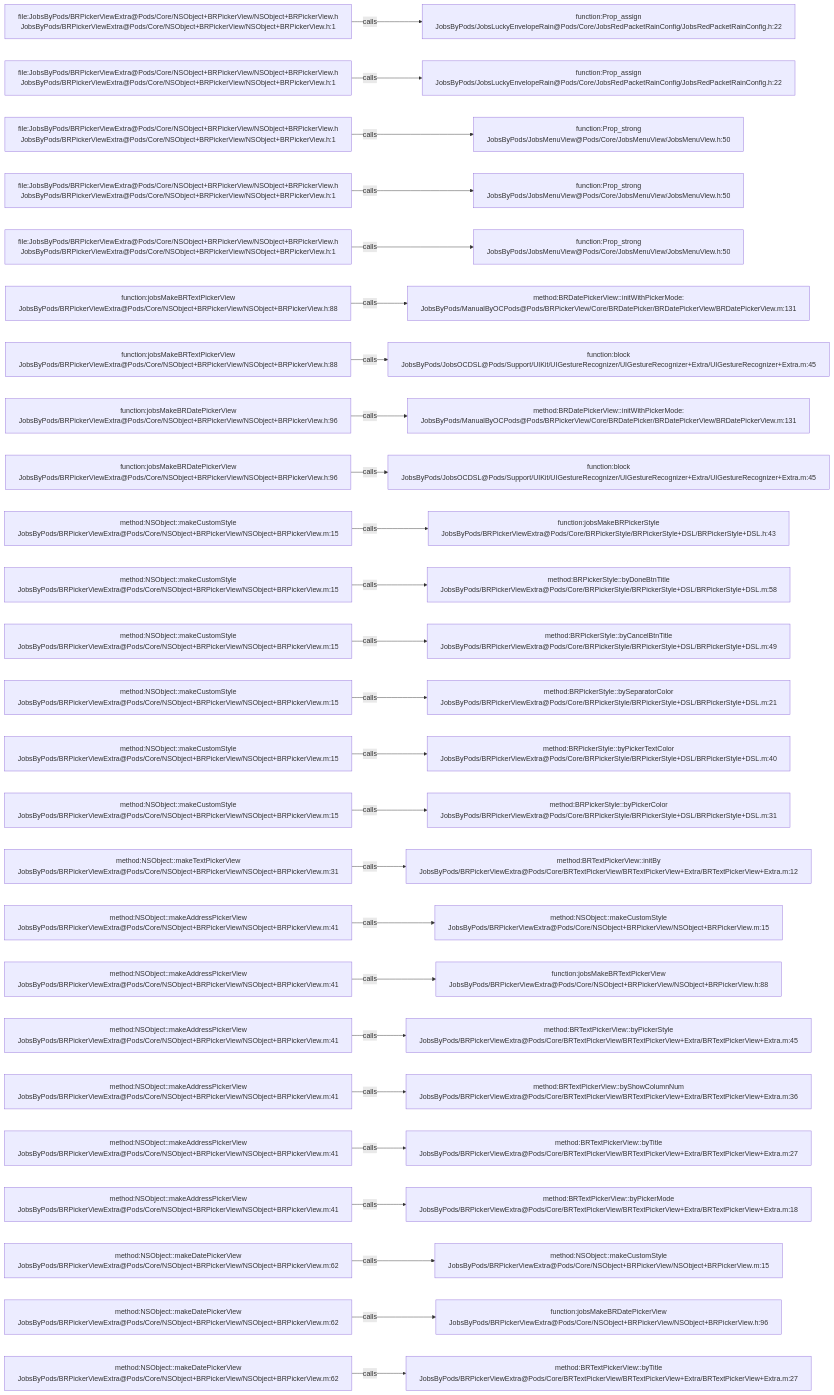
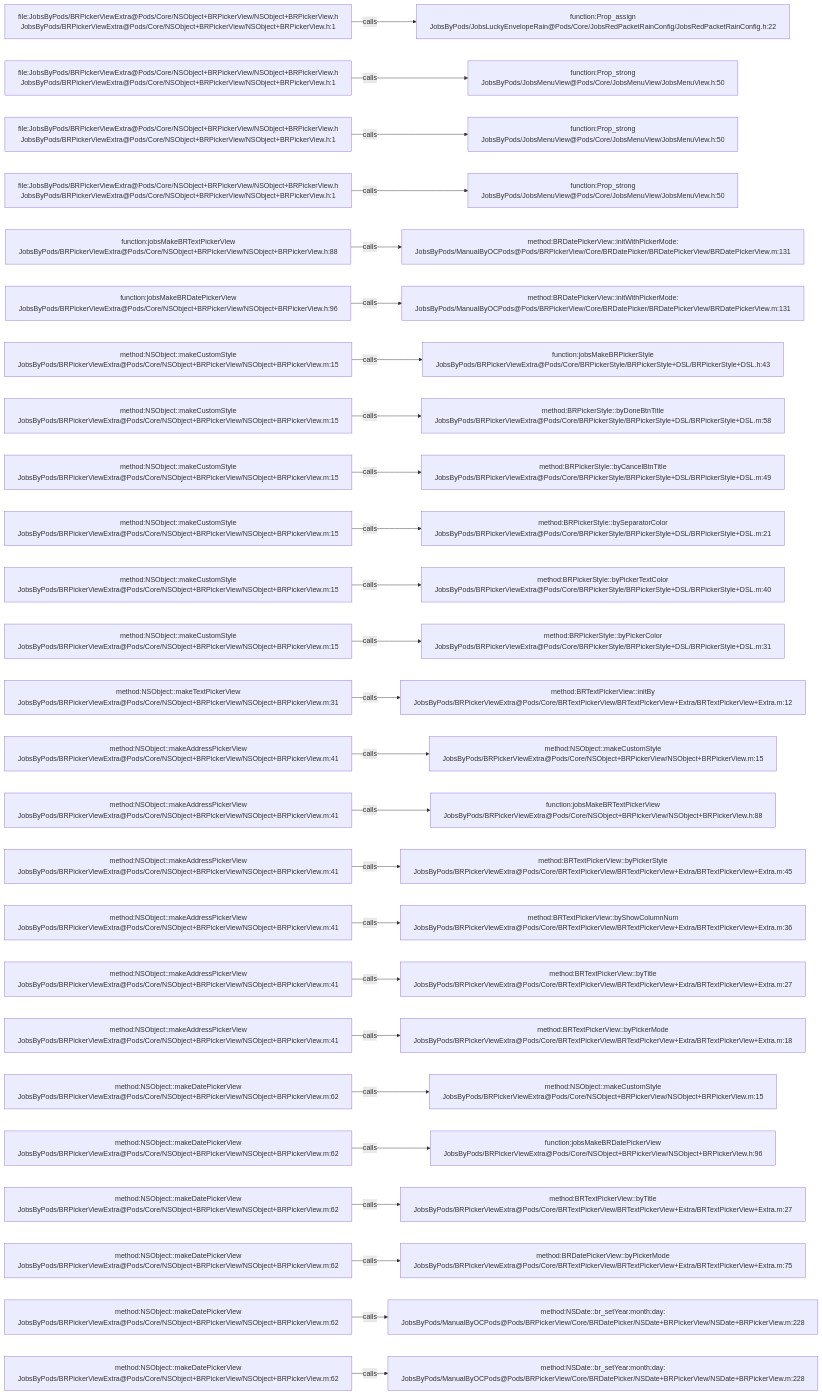
Before and after one commit to JobsKits/JobsOCBaseConfigDemo: the diagram in .codegraph/codegraph.md/graphs/calls-002.md, drawn with Mermaid. The commit also changed 223 other files, not shown here.

````diff
--- a/.codegraph/codegraph.md/graphs/calls-002.md
+++ b/.codegraph/codegraph.md/graphs/calls-002.md
@@ -13,78 +13,78 @@
 ```mermaid
 flowchart LR
   S1["file:JobsByPods/BRPickerViewExtra@Pods/Core/NSObject+BRPickerView/NSObject+BRPickerView.h<br/>JobsByPods/BRPickerViewExtra@Pods/Core/NSObject+BRPickerView/NSObject+BRPickerView.h:1"]
   T1["function:Prop_assign<br/>JobsByPods/JobsLuckyEnvelopeRain@Pods/Core/JobsRedPacketRainConfig/JobsRedPacketRainConfig.h:22"]
   S1 -->|calls| T1
   S2["file:JobsByPods/BRPickerViewExtra@Pods/Core/NSObject+BRPickerView/NSObject+BRPickerView.h<br/>JobsByPods/BRPickerViewExtra@Pods/Core/NSObject+BRPickerView/NSObject+BRPickerView.h:1"]
-  T2["function:Prop_assign<br/>JobsByPods/JobsLuckyEnvelopeRain@Pods/Core/JobsRedPacketRainConfig/JobsRedPacketRainConfig.h:22"]
+  T2["function:Prop_strong<br/>JobsByPods/JobsMenuView@Pods/Core/JobsMenuView/JobsMenuView.h:50"]
   S2 -->|calls| T2
   S3["file:JobsByPods/BRPickerViewExtra@Pods/Core/NSObject+BRPickerView/NSObject+BRPickerView.h<br/>JobsByPods/BRPickerViewExtra@Pods/Core/NSObject+BRPickerView/NSObject+BRPickerView.h:1"]
   T3["function:Prop_strong<br/>JobsByPods/JobsMenuView@Pods/Core/JobsMenuView/JobsMenuView.h:50"]
   S3 -->|calls| T3
   S4["file:JobsByPods/BRPickerViewExtra@Pods/Core/NSObject+BRPickerView/NSObject+BRPickerView.h<br/>JobsByPods/BRPickerViewExtra@Pods/Core/NSObject+BRPickerView/NSObject+BRPickerView.h:1"]
   T4["function:Prop_strong<br/>JobsByPods/JobsMenuView@Pods/Core/JobsMenuView/JobsMenuView.h:50"]
   S4 -->|calls| T4
-  S5["file:JobsByPods/BRPickerViewExtra@Pods/Core/NSObject+BRPickerView/NSObject+BRPickerView.h<br/>JobsByPods/BRPickerViewExtra@Pods/Core/NSObject+BRPickerView/NSObject+BRPickerView.h:1"]
-  T5["function:Prop_strong<br/>JobsByPods/JobsMenuView@Pods/Core/JobsMenuView/JobsMenuView.h:50"]
+  S5["function:jobsMakeBRTextPickerView<br/>JobsByPods/BRPickerViewExtra@Pods/Core/NSObject+BRPickerView/NSObject+BRPickerView.h:88"]
+  T5["method:BRDatePickerView::initWithPickerMode:<br/>JobsByPods/ManualByOCPods@Pods/BRPickerView/Core/BRDatePicker/BRDatePickerView/BRDatePickerView.m:131"]
   S5 -->|calls| T5
-  S6["function:jobsMakeBRTextPickerView<br/>JobsByPods/BRPickerViewExtra@Pods/Core/NSObject+BRPickerView/NSObject+BRPickerView.h:88"]
+  S6["function:jobsMakeBRDatePickerView<br/>JobsByPods/BRPickerViewExtra@Pods/Core/NSObject+BRPickerView/NSObject+BRPickerView.h:96"]
   T6["method:BRDatePickerView::initWithPickerMode:<br/>JobsByPods/ManualByOCPods@Pods/BRPickerView/Core/BRDatePicker/BRDatePickerView/BRDatePickerView.m:131"]
   S6 -->|calls| T6
-  S7["function:jobsMakeBRTextPickerView<br/>JobsByPods/BRPickerViewExtra@Pods/Core/NSObject+BRPickerView/NSObject+BRPickerView.h:88"]
-  T7["function:block<br/>JobsByPods/JobsOCDSL@Pods/Support/UIKit/UIGestureRecognizer/UIGestureRecognizer+Extra/UIGestureRecognizer+Extra.m:45"]
+  S7["method:NSObject::makeCustomStyle<br/>JobsByPods/BRPickerViewExtra@Pods/Core/NSObject+BRPickerView/NSObject+BRPickerView.m:15"]
+  T7["function:jobsMakeBRPickerStyle<br/>JobsByPods/BRPickerViewExtra@Pods/Core/BRPickerStyle/BRPickerStyle+DSL/BRPickerStyle+DSL.h:43"]
   S7 -->|calls| T7
-  S8["function:jobsMakeBRDatePickerView<br/>JobsByPods/BRPickerViewExtra@Pods/Core/NSObject+BRPickerView/NSObject+BRPickerView.h:96"]
-  T8["method:BRDatePickerView::initWithPickerMode:<br/>JobsByPods/ManualByOCPods@Pods/BRPickerView/Core/BRDatePicker/BRDatePickerView/BRDatePickerView.m:131"]
+  S8["method:NSObject::makeCustomStyle<br/>JobsByPods/BRPickerViewExtra@Pods/Core/NSObject+BRPickerView/NSObject+BRPickerView.m:15"]
+  T8["method:BRPickerStyle::byDoneBtnTitle<br/>JobsByPods/BRPickerViewExtra@Pods/Core/BRPickerStyle/BRPickerStyle+DSL/BRPickerStyle+DSL.m:58"]
   S8 -->|calls| T8
-  S9["function:jobsMakeBRDatePickerView<br/>JobsByPods/BRPickerViewExtra@Pods/Core/NSObject+BRPickerView/NSObject+BRPickerView.h:96"]
-  T9["function:block<br/>JobsByPods/JobsOCDSL@Pods/Support/UIKit/UIGestureRecognizer/UIGestureRecognizer+Extra/UIGestureRecognizer+Extra.m:45"]
+  S9["method:NSObject::makeCustomStyle<br/>JobsByPods/BRPickerViewExtra@Pods/Core/NSObject+BRPickerView/NSObject+BRPickerView.m:15"]
+  T9["method:BRPickerStyle::byCancelBtnTitle<br/>JobsByPods/BRPickerViewExtra@Pods/Core/BRPickerStyle/BRPickerStyle+DSL/BRPickerStyle+DSL.m:49"]
   S9 -->|calls| T9
   S10["method:NSObject::makeCustomStyle<br/>JobsByPods/BRPickerViewExtra@Pods/Core/NSObject+BRPickerView/NSObject+BRPickerView.m:15"]
-  T10["function:jobsMakeBRPickerStyle<br/>JobsByPods/BRPickerViewExtra@Pods/Core/BRPickerStyle/BRPickerStyle+DSL/BRPickerStyle+DSL.h:43"]
+  T10["method:BRPickerStyle::bySeparatorColor<br/>JobsByPods/BRPickerViewExtra@Pods/Core/BRPickerStyle/BRPickerStyle+DSL/BRPickerStyle+DSL.m:21"]
   S10 -->|calls| T10
   S11["method:NSObject::makeCustomStyle<br/>JobsByPods/BRPickerViewExtra@Pods/Core/NSObject+BRPickerView/NSObject+BRPickerView.m:15"]
-  T11["method:BRPickerStyle::byDoneBtnTitle<br/>JobsByPods/BRPickerViewExtra@Pods/Core/BRPickerStyle/BRPickerStyle+DSL/BRPickerStyle+DSL.m:58"]
+  T11["method:BRPickerStyle::byPickerTextColor<br/>JobsByPods/BRPickerViewExtra@Pods/Core/BRPickerStyle/BRPickerStyle+DSL/BRPickerStyle+DSL.m:40"]
   S11 -->|calls| T11
   S12["method:NSObject::makeCustomStyle<br/>JobsByPods/BRPickerViewExtra@Pods/Core/NSObject+BRPickerView/NSObject+BRPickerView.m:15"]
-  T12["method:BRPickerStyle::byCancelBtnTitle<br/>JobsByPods/BRPickerViewExtra@Pods/Core/BRPickerStyle/BRPickerStyle+DSL/BRPickerStyle+DSL.m:49"]
+  T12["method:BRPickerStyle::byPickerColor<br/>JobsByPods/BRPickerViewExtra@Pods/Core/BRPickerStyle/BRPickerStyle+DSL/BRPickerStyle+DSL.m:31"]
   S12 -->|calls| T12
-  S13["method:NSObject::makeCustomStyle<br/>JobsByPods/BRPickerViewExtra@Pods/Core/NSObject+BRPickerView/NSObject+BRPickerView.m:15"]
-  T13["method:BRPickerStyle::bySeparatorColor<br/>JobsByPods/BRPickerViewExtra@Pods/Core/BRPickerStyle/BRPickerStyle+DSL/BRPickerStyle+DSL.m:21"]
+  S13["method:NSObject::makeTextPickerView<br/>JobsByPods/BRPickerViewExtra@Pods/Core/NSObject+BRPickerView/NSObject+BRPickerView.m:31"]
+  T13["method:BRTextPickerView::initBy<br/>JobsByPods/BRPickerViewExtra@Pods/Core/BRTextPickerView/BRTextPickerView+Extra/BRTextPickerView+Extra.m:12"]
   S13 -->|calls| T13
-  S14["method:NSObject::makeCustomStyle<br/>JobsByPods/BRPickerViewExtra@Pods/Core/NSObject+BRPickerView/NSObject+BRPickerView.m:15"]
-  T14["method:BRPickerStyle::byPickerTextColor<br/>JobsByPods/BRPickerViewExtra@Pods/Core/BRPickerStyle/BRPickerStyle+DSL/BRPickerStyle+DSL.m:40"]
+  S14["method:NSObject::makeAddressPickerView<br/>JobsByPods/BRPickerViewExtra@Pods/Core/NSObject+BRPickerView/NSObject+BRPickerView.m:41"]
+  T14["method:NSObject::makeCustomStyle<br/>JobsByPods/BRPickerViewExtra@Pods/Core/NSObject+BRPickerView/NSObject+BRPickerView.m:15"]
   S14 -->|calls| T14
-  S15["method:NSObject::makeCustomStyle<br/>JobsByPods/BRPickerViewExtra@Pods/Core/NSObject+BRPickerView/NSObject+BRPickerView.m:15"]
-  T15["method:BRPickerStyle::byPickerColor<br/>JobsByPods/BRPickerViewExtra@Pods/Core/BRPickerStyle/BRPickerStyle+DSL/BRPickerStyle+DSL.m:31"]
+  S15["method:NSObject::makeAddressPickerView<br/>JobsByPods/BRPickerViewExtra@Pods/Core/NSObject+BRPickerView/NSObject+BRPickerView.m:41"]
+  T15["function:jobsMakeBRTextPickerView<br/>JobsByPods/BRPickerViewExtra@Pods/Core/NSObject+BRPickerView/NSObject+BRPickerView.h:88"]
   S15 -->|calls| T15
-  S16["method:NSObject::makeTextPickerView<br/>JobsByPods/BRPickerViewExtra@Pods/Core/NSObject+BRPickerView/NSObject+BRPickerView.m:31"]
-  T16["method:BRTextPickerView::initBy<br/>JobsByPods/BRPickerViewExtra@Pods/Core/BRTextPickerView/BRTextPickerView+Extra/BRTextPickerView+Extra.m:12"]
+  S16["method:NSObject::makeAddressPickerView<br/>JobsByPods/BRPickerViewExtra@Pods/Core/NSObject+BRPickerView/NSObject+BRPickerView.m:41"]
+  T16["method:BRTextPickerView::byPickerStyle<br/>JobsByPods/BRPickerViewExtra@Pods/Core/BRTextPickerView/BRTextPickerView+Extra/BRTextPickerView+Extra.m:45"]
   S16 -->|calls| T16
   S17["method:NSObject::makeAddressPickerView<br/>JobsByPods/BRPickerViewExtra@Pods/Core/NSObject+BRPickerView/NSObject+BRPickerView.m:41"]
-  T17["method:NSObject::makeCustomStyle<br/>JobsByPods/BRPickerViewExtra@Pods/Core/NSObject+BRPickerView/NSObject+BRPickerView.m:15"]
+  T17["method:BRTextPickerView::byShowColumnNum<br/>JobsByPods/BRPickerViewExtra@Pods/Core/BRTextPickerView/BRTextPickerView+Extra/BRTextPickerView+Extra.m:36"]
   S17 -->|calls| T17
   S18["method:NSObject::makeAddressPickerView<br/>JobsByPods/BRPickerViewExtra@Pods/Core/NSObject+BRPickerView/NSObject+BRPickerView.m:41"]
-  T18["function:jobsMakeBRTextPickerView<br/>JobsByPods/BRPickerViewExtra@Pods/Core/NSObject+BRPickerView/NSObject+BRPickerView.h:88"]
+  T18["method:BRTextPickerView::byTitle<br/>JobsByPods/BRPickerViewExtra@Pods/Core/BRTextPickerView/BRTextPickerView+Extra/BRTextPickerView+Extra.m:27"]
   S18 -->|calls| T18
   S19["method:NSObject::makeAddressPickerView<br/>JobsByPods/BRPickerViewExtra@Pods/Core/NSObject+BRPickerView/NSObject+BRPickerView.m:41"]
-  T19["method:BRTextPickerView::byPickerStyle<br/>JobsByPods/BRPickerViewExtra@Pods/Core/BRTextPickerView/BRTextPickerView+Extra/BRTextPickerView+Extra.m:45"]
+  T19["method:BRTextPickerView::byPickerMode<br/>JobsByPods/BRPickerViewExtra@Pods/Core/BRTextPickerView/BRTextPickerView+Extra/BRTextPickerView+Extra.m:18"]
   S19 -->|calls| T19
-  S20["method:NSObject::makeAddressPickerView<br/>JobsByPods/BRPickerViewExtra@Pods/Core/NSObject+BRPickerView/NSObject+BRPickerView.m:41"]
-  T20["method:BRTextPickerView::byShowColumnNum<br/>JobsByPods/BRPickerViewExtra@Pods/Core/BRTextPickerView/BRTextPickerView+Extra/BRTextPickerView+Extra.m:36"]
+  S20["method:NSObject::makeDatePickerView<br/>JobsByPods/BRPickerViewExtra@Pods/Core/NSObject+BRPickerView/NSObject+BRPickerView.m:62"]
+  T20["method:NSObject::makeCustomStyle<br/>JobsByPods/BRPickerViewExtra@Pods/Core/NSObject+BRPickerView/NSObject+BRPickerView.m:15"]
   S20 -->|calls| T20
-  S21["method:NSObject::makeAddressPickerView<br/>JobsByPods/BRPickerViewExtra@Pods/Core/NSObject+BRPickerView/NSObject+BRPickerView.m:41"]
-  T21["method:BRTextPickerView::byTitle<br/>JobsByPods/BRPickerViewExtra@Pods/Core/BRTextPickerView/BRTextPickerView+Extra/BRTextPickerView+Extra.m:27"]
+  S21["method:NSObject::makeDatePickerView<br/>JobsByPods/BRPickerViewExtra@Pods/Core/NSObject+BRPickerView/NSObject+BRPickerView.m:62"]
+  T21["function:jobsMakeBRDatePickerView<br/>JobsByPods/BRPickerViewExtra@Pods/Core/NSObject+BRPickerView/NSObject+BRPickerView.h:96"]
   S21 -->|calls| T21
-  S22["method:NSObject::makeAddressPickerView<br/>JobsByPods/BRPickerViewExtra@Pods/Core/NSObject+BRPickerView/NSObject+BRPickerView.m:41"]
-  T22["method:BRTextPickerView::byPickerMode<br/>JobsByPods/BRPickerViewExtra@Pods/Core/BRTextPickerView/BRTextPickerView+Extra/BRTextPickerView+Extra.m:18"]
+  S22["method:NSObject::makeDatePickerView<br/>JobsByPods/BRPickerViewExtra@Pods/Core/NSObject+BRPickerView/NSObject+BRPickerView.m:62"]
+  T22["method:BRTextPickerView::byTitle<br/>JobsByPods/BRPickerViewExtra@Pods/Core/BRTextPickerView/BRTextPickerView+Extra/BRTextPickerView+Extra.m:27"]
   S22 -->|calls| T22
   S23["method:NSObject::makeDatePickerView<br/>JobsByPods/BRPickerViewExtra@Pods/Core/NSObject+BRPickerView/NSObject+BRPickerView.m:62"]
-  T23["method:NSObject::makeCustomStyle<br/>JobsByPods/BRPickerViewExtra@Pods/Core/NSObject+BRPickerView/NSObject+BRPickerView.m:15"]
+  T23["method:BRDatePickerView::byPickerMode<br/>JobsByPods/BRPickerViewExtra@Pods/Core/BRTextPickerView/BRTextPickerView+Extra/BRTextPickerView+Extra.m:75"]
   S23 -->|calls| T23
   S24["method:NSObject::makeDatePickerView<br/>JobsByPods/BRPickerViewExtra@Pods/Core/NSObject+BRPickerView/NSObject+BRPickerView.m:62"]
-  T24["function:jobsMakeBRDatePickerView<br/>JobsByPods/BRPickerViewExtra@Pods/Core/NSObject+BRPickerView/NSObject+BRPickerView.h:96"]
+  T24["method:NSDate::br_setYear:month:day:<br/>JobsByPods/ManualByOCPods@Pods/BRPickerView/Core/BRDatePicker/NSDate+BRPickerView/NSDate+BRPickerView.m:228"]
   S24 -->|calls| T24
   S25["method:NSObject::makeDatePickerView<br/>JobsByPods/BRPickerViewExtra@Pods/Core/NSObject+BRPickerView/NSObject+BRPickerView.m:62"]
-  T25["method:BRTextPickerView::byTitle<br/>JobsByPods/BRPickerViewExtra@Pods/Core/BRTextPickerView/BRTextPickerView+Extra/BRTextPickerView+Extra.m:27"]
+  T25["method:NSDate::br_setYear:month:day:<br/>JobsByPods/ManualByOCPods@Pods/BRPickerView/Core/BRDatePicker/NSDate+BRPickerView/NSDate+BRPickerView.m:228"]
   S25 -->|calls| T25
 ```
````
